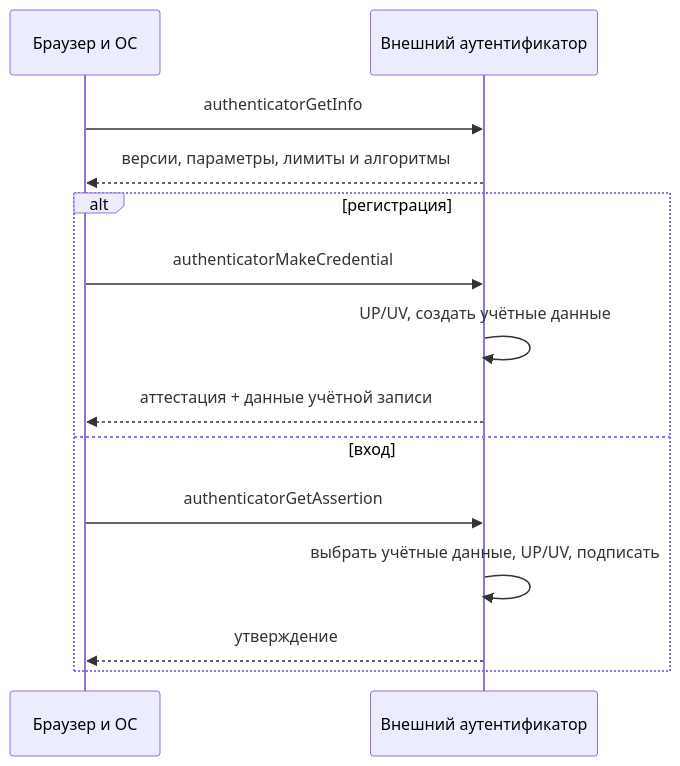
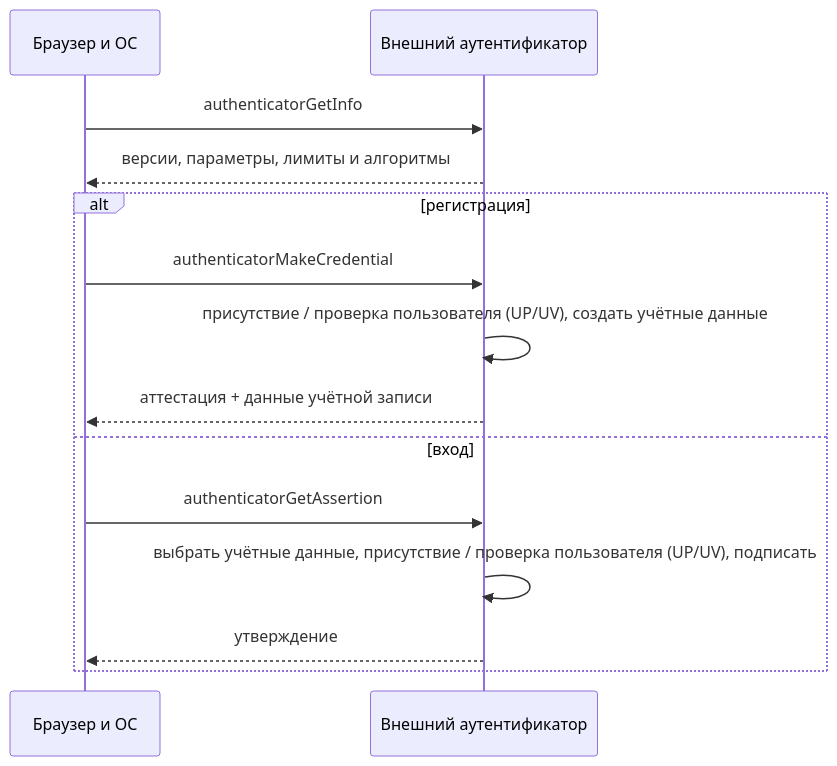
One commit to zapret-discordyoutube/todo changed the second of 4 diagrams in FIDO/ctap.md. Above: the diagram before and after it, drawn with Mermaid. The commit also changed other lines of this file and 8 other files, not shown here.

````diff
--- a/FIDO/ctap.md
+++ b/FIDO/ctap.md
@@ -102,16 +57,16 @@
 ```mermaid
 sequenceDiagram
     participant C as Браузер и ОС
     participant A as Внешний аутентификатор
     C->>A: authenticatorGetInfo
     A-->>C: версии, параметры, лимиты и алгоритмы
     alt регистрация
         C->>A: authenticatorMakeCredential
-        A->>A: UP/UV, создать учётные данные
+        A->>A: присутствие / проверка пользователя (UP/UV), создать учётные данные
         A-->>C: аттестация + данные учётной записи
     else вход
         C->>A: authenticatorGetAssertion
-        A->>A: выбрать учётные данные, UP/UV, подписать
+        A->>A: выбрать учётные данные, присутствие / проверка пользователя (UP/UV), подписать
         A-->>C: утверждение
     end
 ```
````
